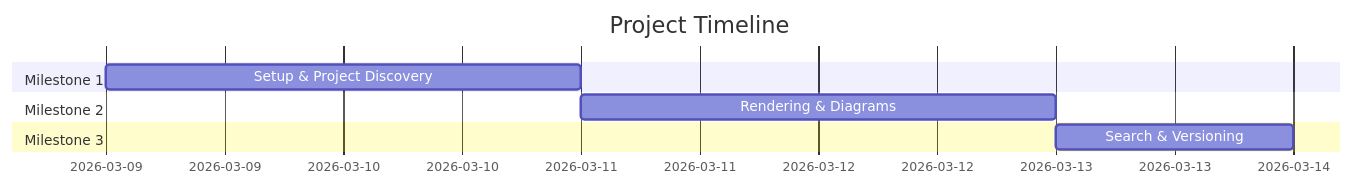
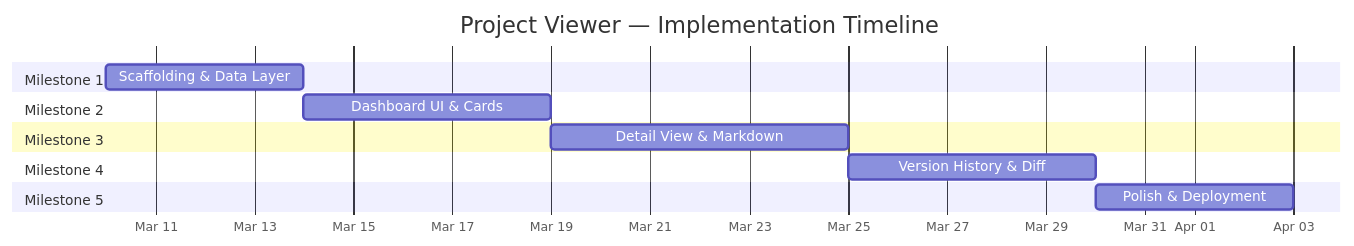
The diagram in projects/project-viewer/implementation-plan.md (baoln1412/project-planning), drawn with Mermaid before and after one commit. The commit also changed other lines of this file and 18 other files, not shown here.

Commit message:
feat: Introduce persistent memory with `findings.md`, establish a mandatory discovery phase, and refine project planning rules and templates.

````diff
--- a/projects/project-viewer/implementation-plan.md
+++ b/projects/project-viewer/implementation-plan.md
@@ -58,11 +155,21 @@
 ```mermaid
 gantt
-    title Project Timeline
-    dateFormat YYYY-MM-DD
+    title Project Viewer — Implementation Timeline
+    dateFormat  YYYY-MM-DD
+    axisFormat  %b %d
+
     section Milestone 1
-        Setup & Project Discovery :m1_1, 2026-03-09, 2d
+    Scaffolding & Data Layer     :m1, 2026-03-10, 4d
+
     section Milestone 2
-        Rendering & Diagrams :m2_1, 2026-03-11, 2d
+    Dashboard UI & Cards         :m2, after m1, 5d
+
     section Milestone 3
-        Search & Versioning :m3_1, 2026-03-13, 1d
+    Detail View & Markdown       :m3, after m2, 6d
+
+    section Milestone 4
+    Version History & Diff       :m4, after m3, 5d
+
+    section Milestone 5
+    Polish & Deployment          :m5, after m4, 4d
 ```
````
